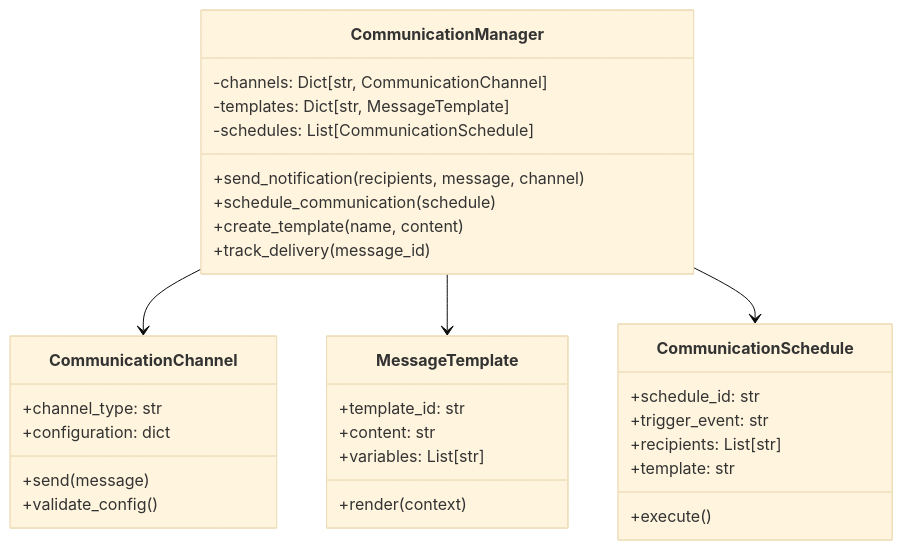
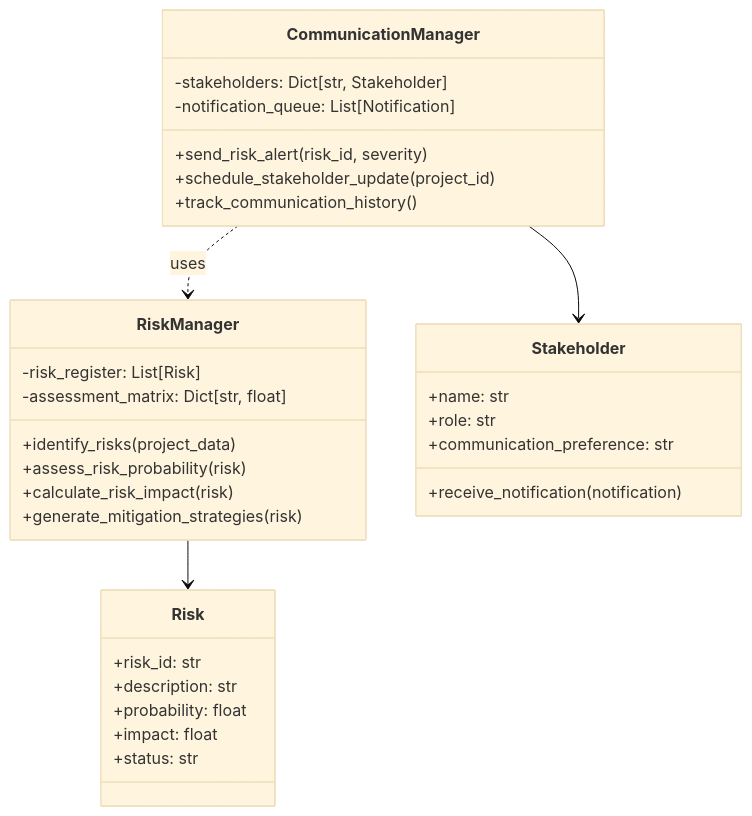
One commit to Shakour-Data/AutoProjectManagement changed the first of 17 diagrams in Docs/Appendices/Module_Detailed_Specifications.md. Above: the diagram before and after it, drawn with Mermaid (base theme). The commit also changed other lines of this file, not shown here.

````diff
--- a/Docs/Appendices/Module_Detailed_Specifications.md
+++ b/Docs/Appendices/Module_Detailed_Specifications.md
@@ -9,38 +11,38 @@
 ```mermaid
 classDiagram
     class CommunicationManager {
-        -channels: Dict[str, CommunicationChannel]
-        -templates: Dict[str, MessageTemplate]
-        -schedules: List[CommunicationSchedule]
-        +send_notification(recipients, message, channel)
-        +schedule_communication(schedule)
-        +create_template(name, content)
-        +track_delivery(message_id)
+        -stakeholders: Dict[str, Stakeholder]
+        -notification_queue: List[Notification]
+        +send_risk_alert(risk_id, severity)
+        +schedule_stakeholder_update(project_id)
+        +track_communication_history()
     }
     
-    class CommunicationChannel {
-        +channel_type: str
-        +configuration: dict
-        +send(message)
-        +validate_config()
+    class RiskManager {
+        -risk_register: List[Risk]
+        -assessment_matrix: Dict[str, float]
+        +identify_risks(project_data)
+        +assess_risk_probability(risk)
+        +calculate_risk_impact(risk)
+        +generate_mitigation_strategies(risk)
     }
     
-    class MessageTemplate {
-        +template_id: str
-        +content: str
-        +variables: List[str]
-        +render(context)
+    class Stakeholder {
+        +name: str
+        +role: str
+        +communication_preference: str
+        +receive_notification(notification)
     }
     
-    class CommunicationSchedule {
-        +schedule_id: str
-        +trigger_event: str
-        +recipients: List[str]
-        +template: str
-        +execute()
+    class Risk {
+        +risk_id: str
+        +description: str
+        +probability: float
+        +impact: float
+        +status: str
     }
     
-    CommunicationManager --> CommunicationChannel
-    CommunicationManager --> MessageTemplate
-    CommunicationManager --> CommunicationSchedule
+    CommunicationManager --> Stakeholder
+    RiskManager --> Risk
+    CommunicationManager ..> RiskManager : uses
 ```
````
